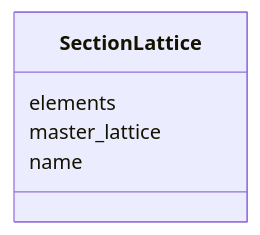
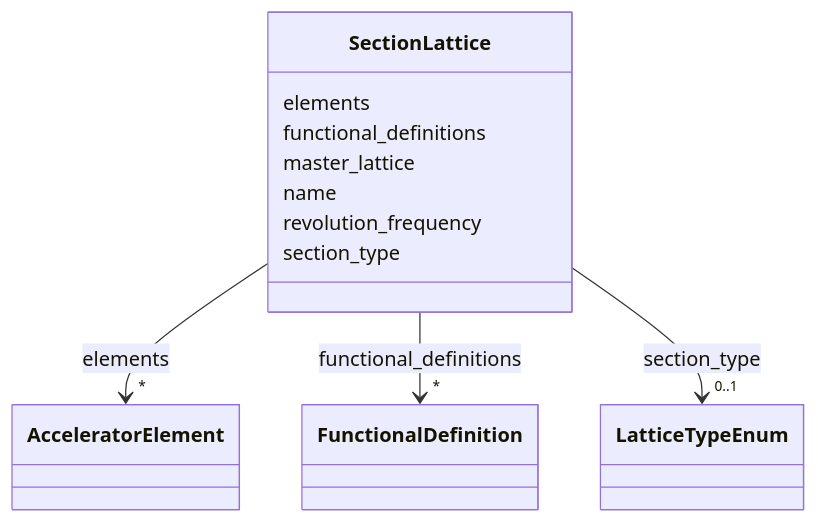
The diagram in docs/source/schema/SectionLattice.md (astec-stfc/laura), drawn with Mermaid before and after one commit. The commit also changed other lines of this file and 108 other files, not shown here.

````diff
--- a/docs/source/schema/SectionLattice.md
+++ b/docs/source/schema/SectionLattice.md
@@ -18,12 +18,45 @@
 ```mermaid
  classDiagram
     class SectionLattice
     click SectionLattice href "../SectionLattice/"
       SectionLattice : elements
         
+          
+    
+        
+        
+        SectionLattice --> "*" AcceleratorElement : elements
+        click AcceleratorElement href "../AcceleratorElement/"
+    
+
+        
+      SectionLattice : functional_definitions
+        
+          
+    
+        
+        
+        SectionLattice --> "*" FunctionalDefinition : functional_definitions
+        click FunctionalDefinition href "../FunctionalDefinition/"
+    
+
+        
       SectionLattice : master_lattice
         
       SectionLattice : name
         
+      SectionLattice : revolution_frequency
+        
+      SectionLattice : section_type
+        
+          
+    
+        
+        
+        SectionLattice --> "0..1" LatticeTypeEnum : section_type
+        click LatticeTypeEnum href "../LatticeTypeEnum/"
+    
+
+        
       
 ```
````
